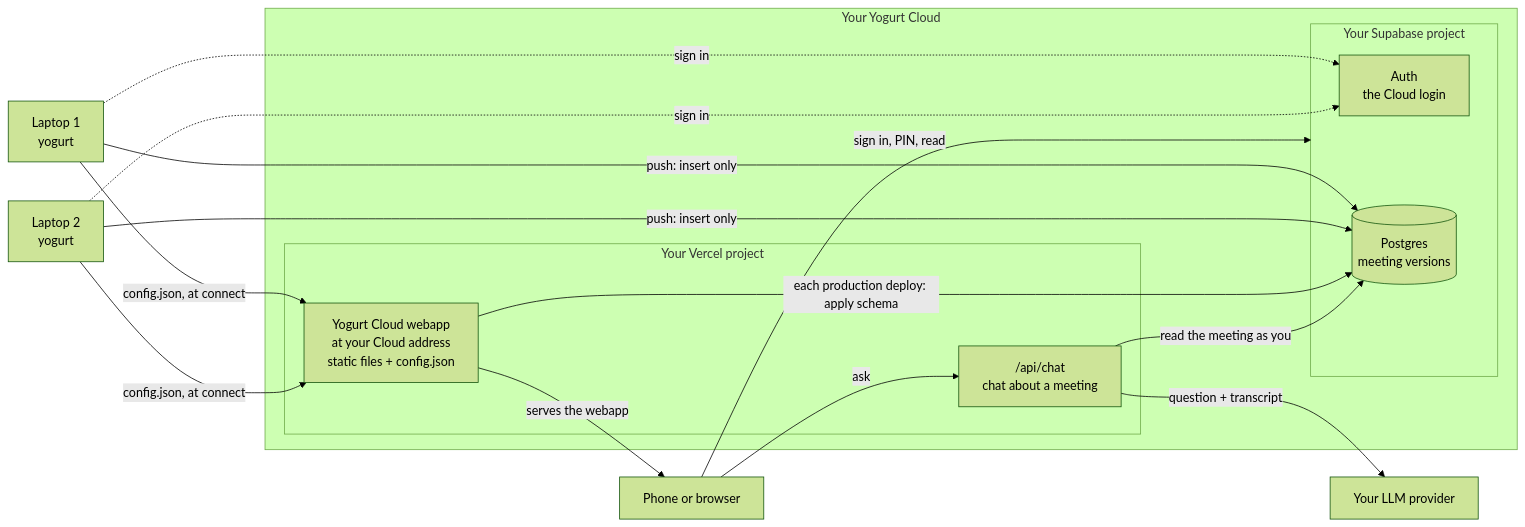
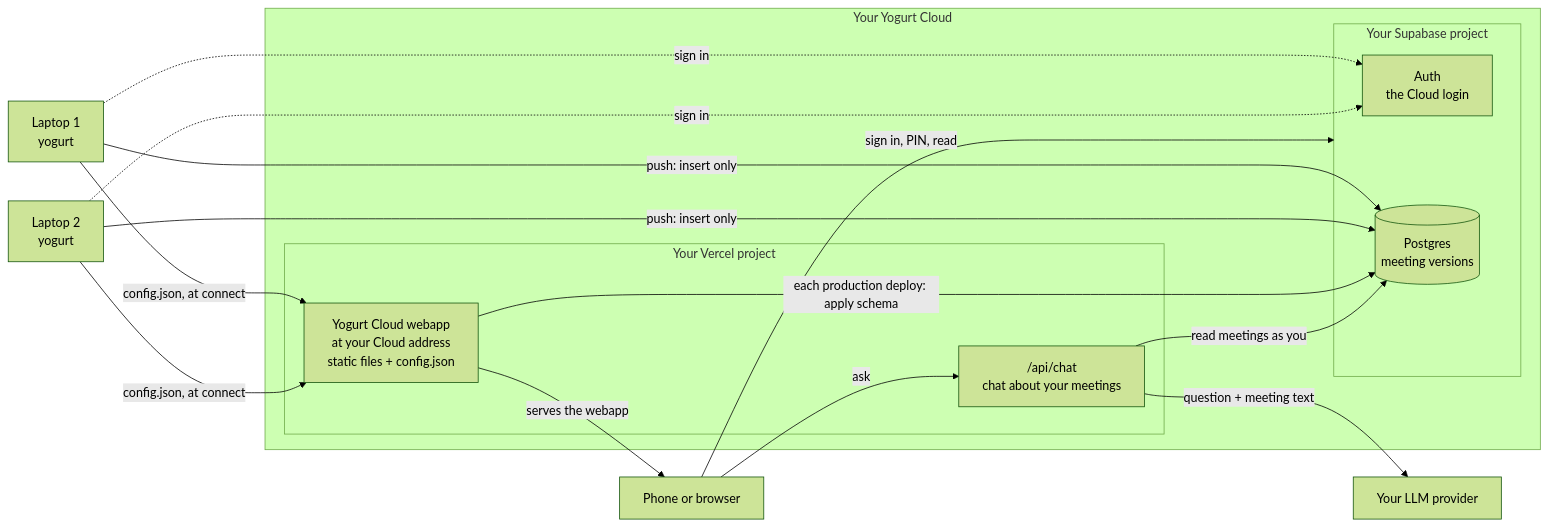
Before and after one commit to jarvisrchen/yogurt: the first of 3 diagrams in docs/CLOUD-SYNC.md, drawn with Mermaid (forest theme). The commit also changed other lines of this file and 30 other files, not shown here.

First line of the commit message:
SYNC-19: Chat across meetings in the webapp (#184)

````diff
--- a/docs/CLOUD-SYNC.md
+++ b/docs/CLOUD-SYNC.md
@@ -24,27 +24,27 @@
 ```mermaid
 flowchart LR
   L1["Laptop 1<br/>yogurt"]
   L2["Laptop 2<br/>yogurt"]
   subgraph YC["Your Yogurt Cloud"]
     subgraph VC["Your Vercel project"]
       WEB["Yogurt Cloud webapp<br/>at your Cloud address<br/>static files + config.json"]
-      CHAT["/api/chat<br/>chat about a meeting"]
+      CHAT["/api/chat<br/>chat about your meetings"]
     end
     subgraph SB["Your Supabase project"]
       AUTH["Auth<br/>the Cloud login"]
       DB[("Postgres<br/>meeting versions")]
     end
   end
   PH["Phone or browser"]
   LLM["Your LLM provider"]
 
   L1 & L2 -- "push: insert only" --> DB
   L1 & L2 -. "sign in" .-> AUTH
   L1 & L2 -- "config.json, at connect" --> WEB
   WEB -- "each production deploy: apply schema" --> DB
   WEB -- "serves the webapp" --> PH
   PH -- "sign in, PIN, read" --> SB
   PH -- "ask" --> CHAT
-  CHAT -- "read the meeting as you" --> DB
-  CHAT -- "question + transcript" --> LLM
+  CHAT -- "read meetings as you" --> DB
+  CHAT -- "question + meeting text" --> LLM
 ```
````
